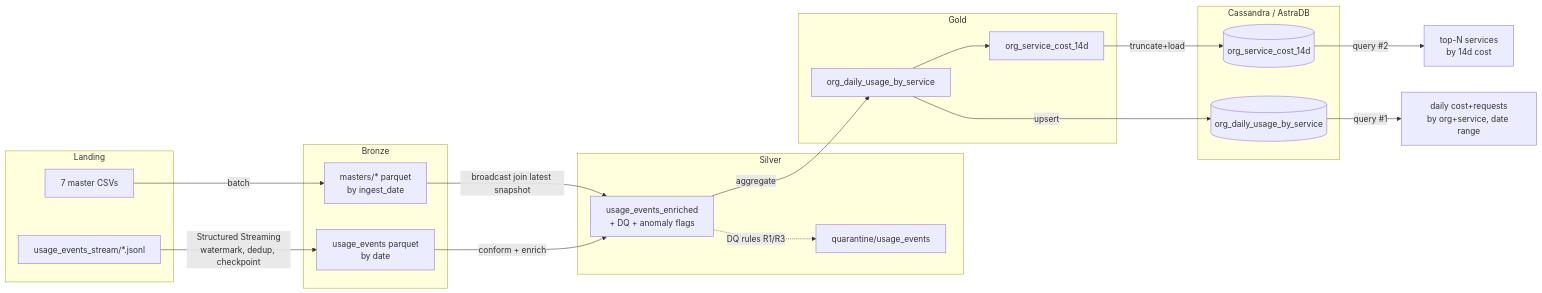
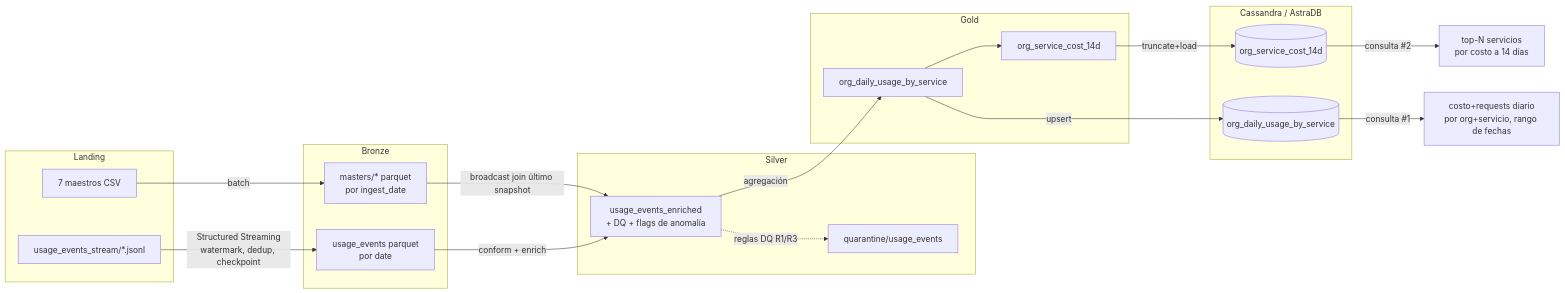
Before and after one commit to PakiQuian/tpe_big_data_2026: the diagram in segundo-parcial/README.md, drawn with Mermaid. The commit also changed other lines of this file and 9 other files, not shown here.

````diff
--- a/segundo-parcial/README.md
+++ b/segundo-parcial/README.md
@@ -17,34 +18,34 @@
 ```mermaid
 flowchart LR
     subgraph Landing
-      CSV[7 master CSVs]
+      CSV[7 maestros CSV]
       JSONL[usage_events_stream/*.jsonl]
     end
     subgraph Bronze
-      BM[masters/* parquet<br/>by ingest_date]
-      BE[usage_events parquet<br/>by date]
+      BM[masters/* parquet<br/>por ingest_date]
+      BE[usage_events parquet<br/>por date]
     end
     subgraph Silver
-      SE[usage_events_enriched<br/>+ DQ + anomaly flags]
+      SE[usage_events_enriched<br/>+ DQ + flags de anomalía]
       Q[quarantine/usage_events]
     end
     subgraph Gold
       GD[org_daily_usage_by_service]
       G14[org_service_cost_14d]
     end
     subgraph Serving[Cassandra / AstraDB]
       T1[(org_daily_usage_by_service)]
       T2[(org_service_cost_14d)]
     end
 
     CSV -->|batch| BM
     JSONL -->|Structured Streaming<br/>watermark, dedup, checkpoint| BE
-    BM -->|broadcast join latest snapshot| SE
+    BM -->|broadcast join último snapshot| SE
     BE -->|conform + enrich| SE
-    SE -.->|DQ rules R1/R3| Q
-    SE -->|aggregate| GD --> G14
+    SE -.->|reglas DQ R1/R3| Q
+    SE -->|agregación| GD --> G14
     GD -->|upsert| T1
     G14 -->|truncate+load| T2
-    T1 -->|query #1| R1[daily cost+requests<br/>by org+service, date range]
-    T2 -->|query #2| R2[top-N services<br/>by 14d cost]
+    T1 -->|consulta #1| R1[costo+requests diario<br/>por org+servicio, rango de fechas]
+    T2 -->|consulta #2| R2[top-N servicios<br/>por costo a 14 días]
 ```
````
